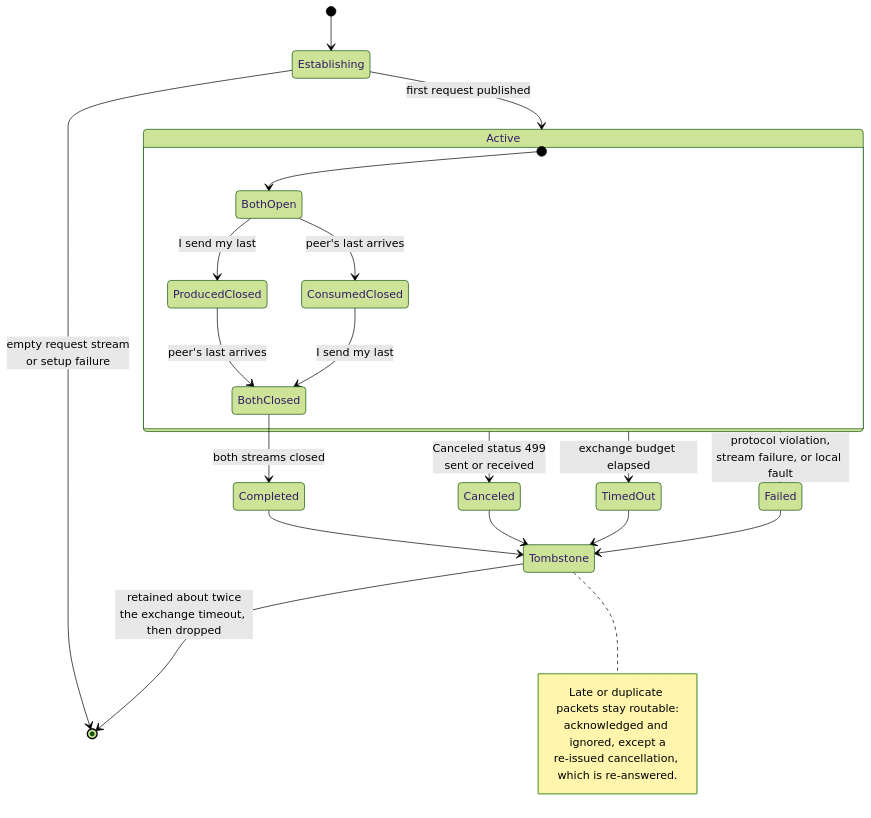
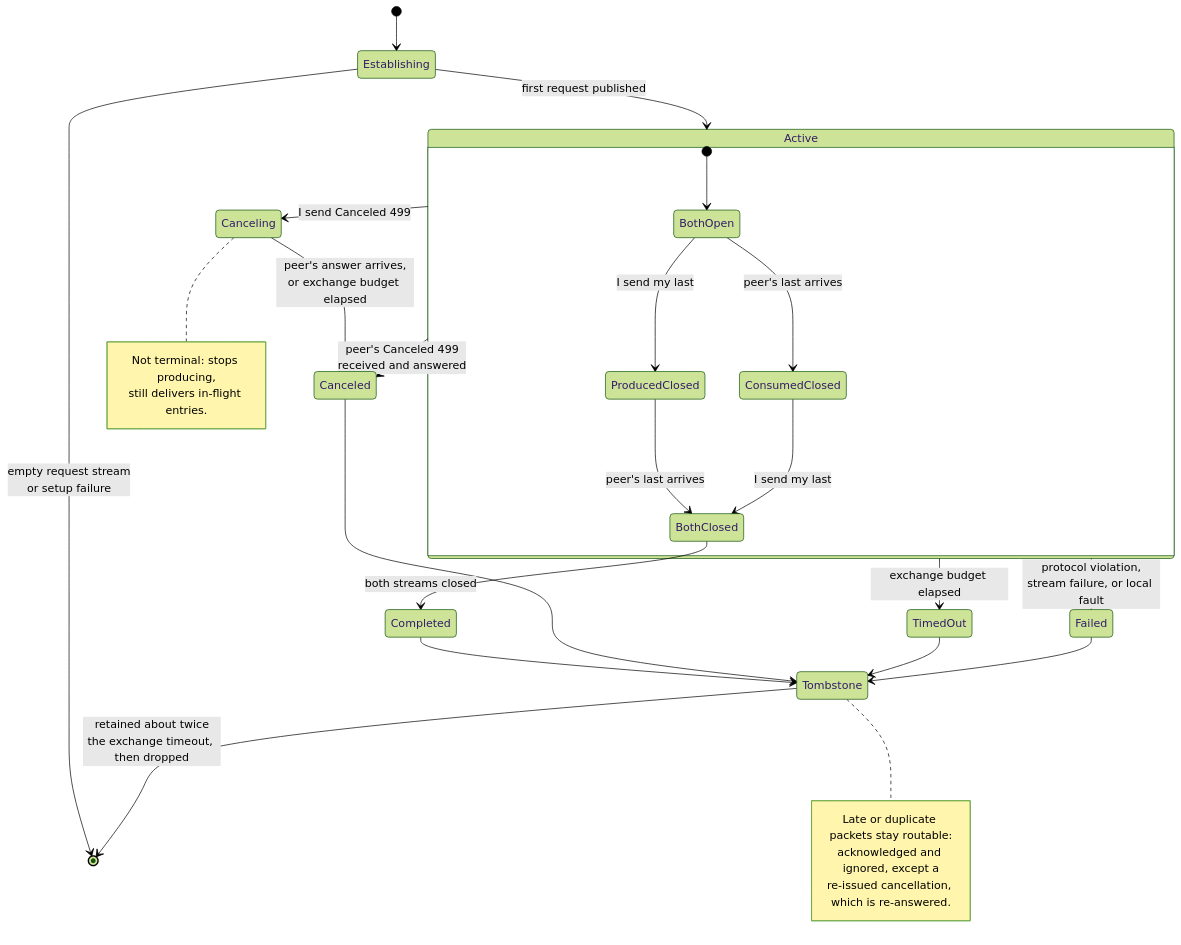
The second of 3 diagrams in doc/dev/adr/0025-rpc-streaming-overview-diagrams.md (Azure/iot-operations-sdks), drawn with Mermaid (forest theme) before and after one commit. The commit also changed other lines of this file and 3 other files, not shown here.

````diff
--- a/doc/dev/adr/0025-rpc-streaming-overview-diagrams.md
+++ b/doc/dev/adr/0025-rpc-streaming-overview-diagrams.md
@@ -154,36 +154,43 @@
 ```mermaid
 stateDiagram-v2
     direction TB
 
     [*] --> Establishing
 
     Establishing --> Active: first request published
     Establishing --> [*]: empty request stream<br/>or setup failure
 
     state Active {
         direction LR
         [*] --> BothOpen
         BothOpen --> ProducedClosed: I send my last
         BothOpen --> ConsumedClosed: peer's last arrives
         ProducedClosed --> BothClosed: peer's last arrives
         ConsumedClosed --> BothClosed: I send my last
     }
 
     BothClosed --> Completed: both streams closed
-    Active --> Canceled: Canceled status 499<br/>sent or received
+    Active --> Canceling: I send Canceled 499
+    Active --> Canceled: peer's Canceled 499<br/>received and answered
+    Canceling --> Canceled: peer's answer arrives,<br/>or exchange budget elapsed
     Active --> TimedOut: exchange budget elapsed
     Active --> Failed: protocol violation,<br/>stream failure, or local fault
+
+    note right of Canceling
+        Not terminal: stops producing,
+        still delivers in-flight entries.
+    end note
 
     Completed --> Tombstone
     Canceled --> Tombstone
     TimedOut --> Tombstone
     Failed --> Tombstone
 
     Tombstone --> [*]: retained about twice<br/>the exchange timeout, then dropped
 
     note right of Tombstone
         Late or duplicate packets stay routable:
         acknowledged and ignored, except a
         re-issued cancellation, which is re-answered.
     end note
 ```
````
